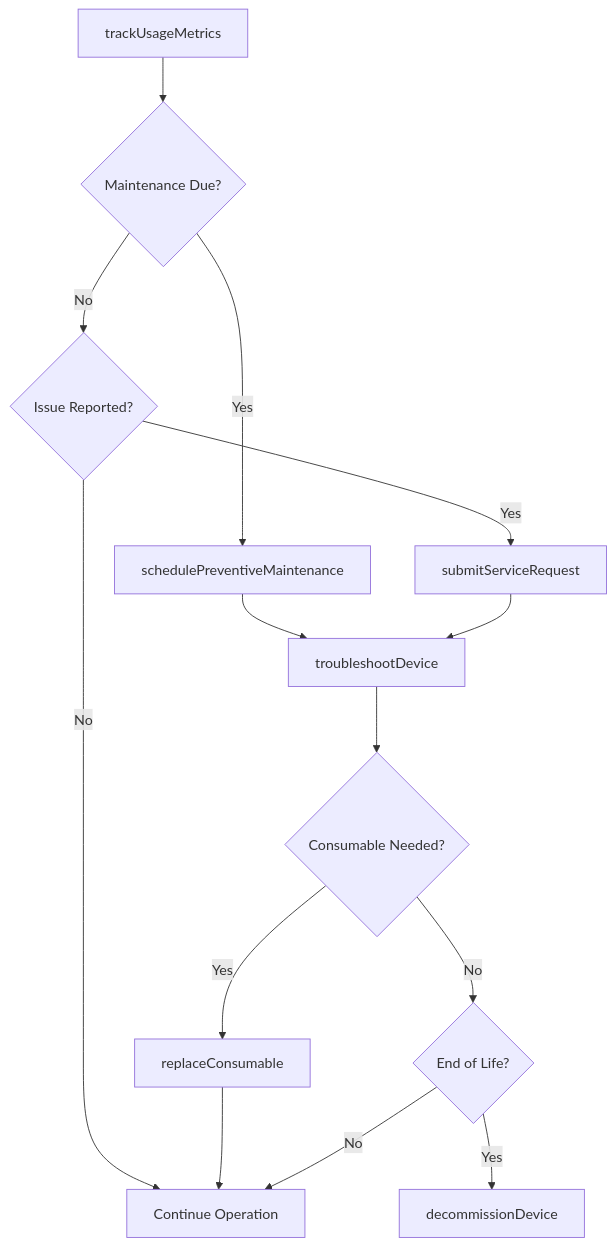
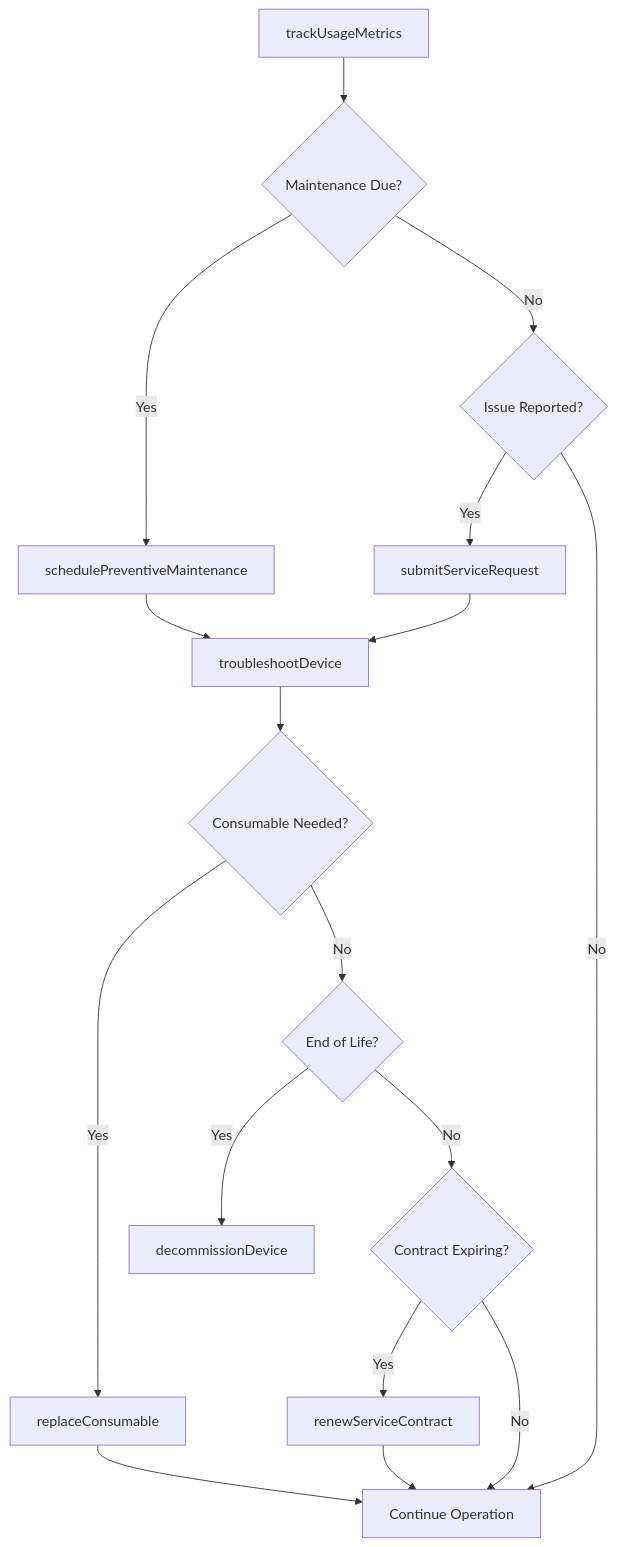
One commit to dot-org-ai/tasks.org.ai changed the third of 4 diagrams in RepairingAndMaintainingMechanicalEquipment/MaintainToolsOrEquipment/MaintainOfficeEquipmentProperOperating.mdx. Above: the diagram before and after it, drawn with Mermaid. The commit also changed other lines of this file and 504 other files, not shown here.

First line of the commit message:
feat: Add ER diagrams, state diagrams, and workflow improvements to 96 DWA task files

````diff
--- a/RepairingAndMaintainingMechanicalEquipment/MaintainToolsOrEquipment/MaintainOfficeEquipmentProperOperating.mdx
+++ b/RepairingAndMaintainingMechanicalEquipment/MaintainToolsOrEquipment/MaintainOfficeEquipmentProperOperating.mdx
@@ -86,16 +118,19 @@
 ```mermaid
 graph TD
     A[trackUsageMetrics] --> B{Maintenance Due?}
     B -->|Yes| C[schedulePreventiveMaintenance]
     B -->|No| D{Issue Reported?}
     D -->|Yes| E[submitServiceRequest]
     D -->|No| F[Continue Operation]
     C --> G[troubleshootDevice]
     E --> G
     G --> H{Consumable Needed?}
     H -->|Yes| I[replaceConsumable]
     H -->|No| J{End of Life?}
     I --> F
     J -->|Yes| K[decommissionDevice]
-    J -->|No| F
+    J -->|No| L{Contract Expiring?}
+    L -->|Yes| M[renewServiceContract]
+    L -->|No| F
+    M --> F
 ```
````
